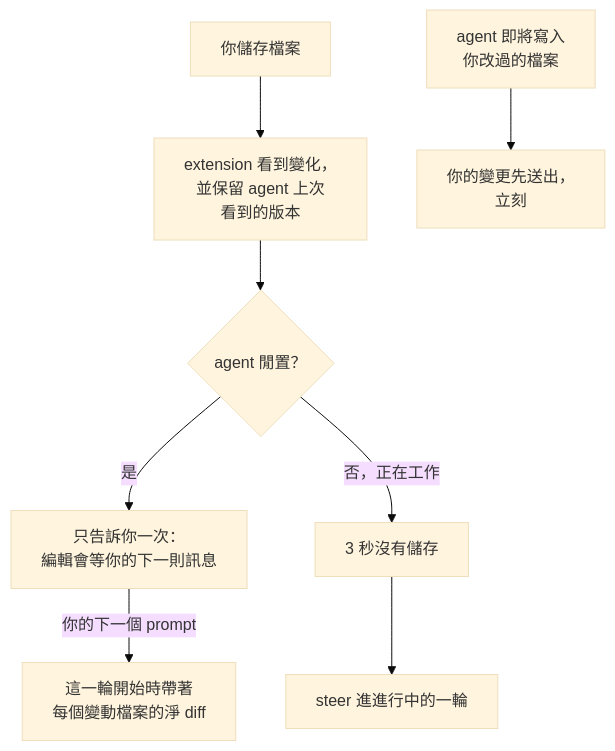
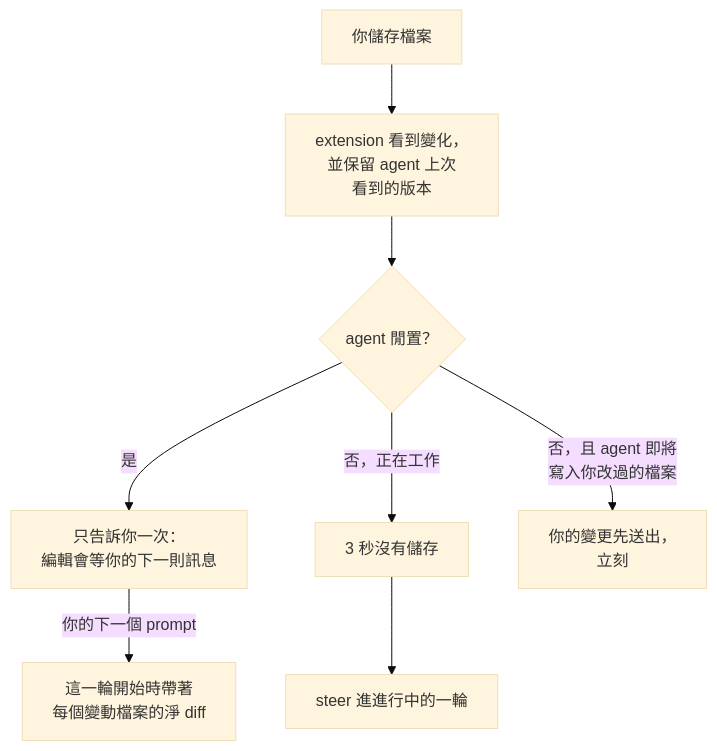
One commit to wayne930242/pi-better-show changed the third of 3 diagrams in docs/reference.zh-TW.md. Above: the diagram before and after it, drawn with Mermaid (base theme). The commit also changed other lines of this file, not shown here.

Commit message:
docs(reference): bring the zh-TW twin to the diagram changes

````diff
--- a/docs/reference.zh-TW.md
+++ b/docs/reference.zh-TW.md
@@ -792,10 +792,10 @@
 ```mermaid
 flowchart TD
   save["你儲存檔案"] --> watch["extension 看到變化，<br/>並保留 agent 上次<br/>看到的版本"]
   watch --> idle{"agent 閒置？"}
   idle -->|"是"| held["只告訴你一次：<br/>編輯會等你的下一則訊息"]
   held -->|"你的下一個 prompt"| start["這一輪開始時帶著<br/>每個變動檔案的淨 diff"]
   idle -->|"否，正在工作"| quiet["3 秒沒有儲存"]
   quiet --> steer["steer 進進行中的一輪"]
-  agentwrite["agent 即將寫入<br/>你改過的檔案"] --> first["你的變更先送出，<br/>立刻"]
+  idle -->|"否，且 agent 即將<br/>寫入你改過的檔案"| first["你的變更先送出，<br/>立刻"]
 ```
````
